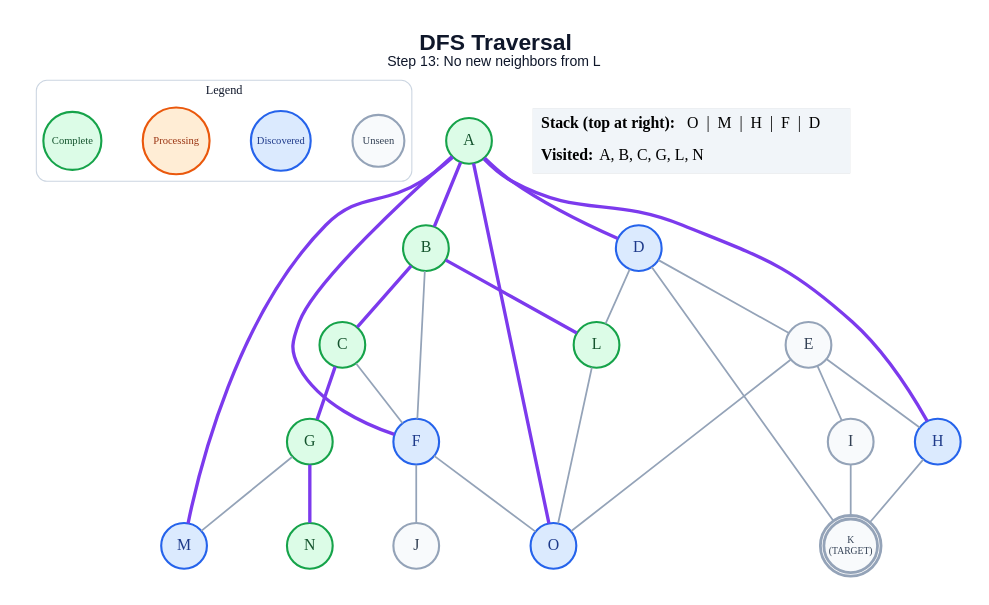
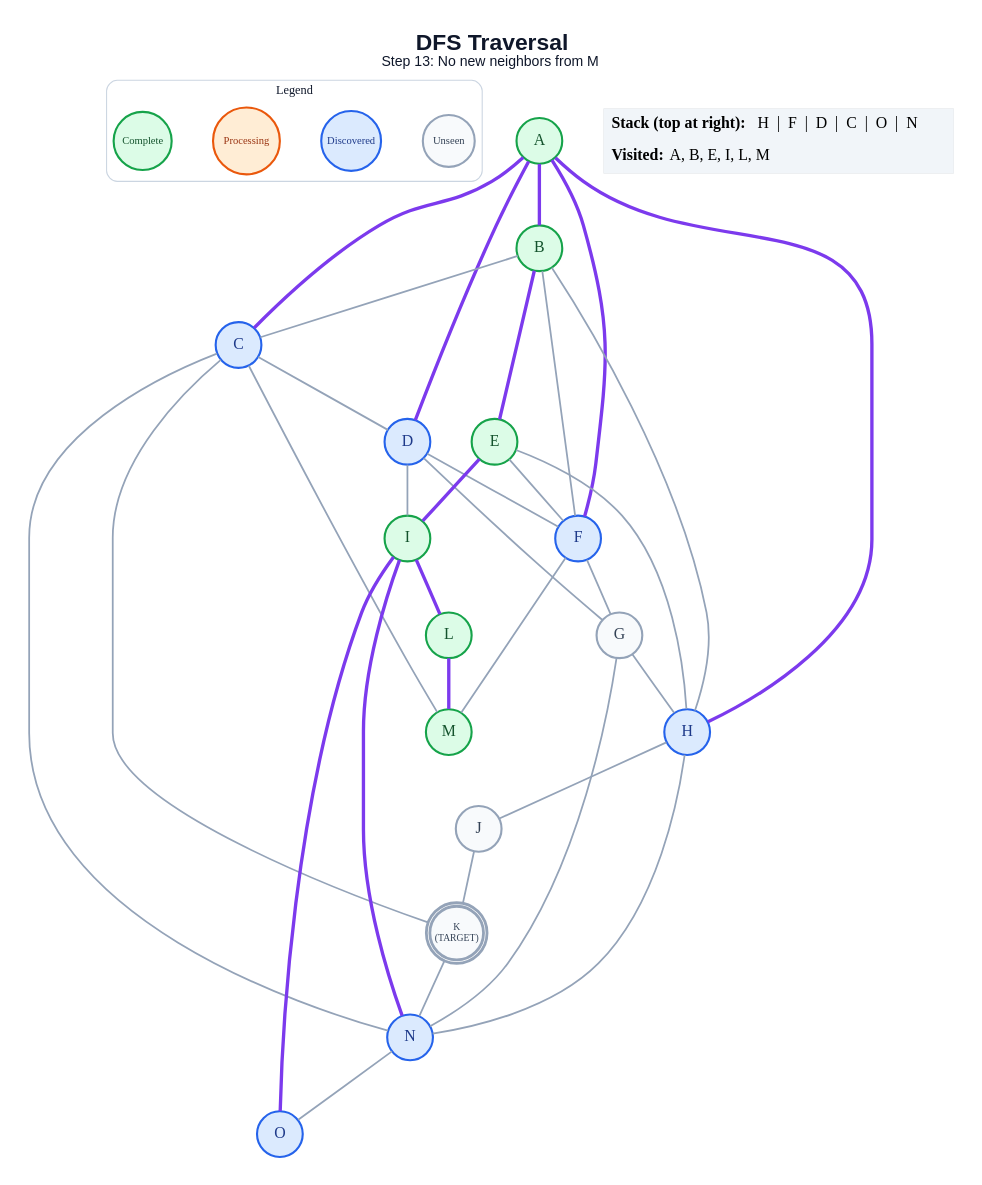
Before and after one commit to anon7238593-create/ai-slop: the diagram in generated/specific-node/dfs/step_13.dot, drawn with Graphviz. The commit also changed 249 other files, not shown here.

```diff
--- a/generated/specific-node/dfs/step_13.dot
+++ b/generated/specific-node/dfs/step_13.dot
@@ -1,58 +1,66 @@
 graph traversal {
   graph [layout=dot, rankdir=TB, bgcolor="#FFFFFF", pad="0.35", nodesep="0.65", ranksep="0.8", fontname="Arial"];
   node [shape=circle, style="filled", fontname="Arial Bold", fontsize=18, width=0.72, fixedsize=true, penwidth=2.4];
   edge [color="#94A3B8", penwidth=2.0];
-  label=<<B>DFS Traversal</B><BR/><FONT POINT-SIZE="16">Step 13: No new neighbors from L</FONT>>; labelloc="t"; fontsize=26; fontname="Arial"; fontcolor="#0F172A";
+  label=<<B>DFS Traversal</B><BR/><FONT POINT-SIZE="16">Step 13: No new neighbors from M</FONT>>; labelloc="t"; fontsize=26; fontname="Arial"; fontcolor="#0F172A";
   subgraph cluster_legend { label="Legend"; color="#CBD5E1"; penwidth=1.2; style="rounded"; fontsize=14; fontname="Arial Bold";
     key_unseen [label="Unseen", fillcolor="#F8FAFC", color="#94A3B8", fontcolor="#334155", fontsize=12, width=0.82];
     key_frontier [label="Discovered", fillcolor="#DBEAFE", color="#2563EB", fontcolor="#1E3A8A", fontsize=12, width=0.95];
     key_current [label="Processing", fillcolor="#FFEDD5", color="#EA580C", fontcolor="#9A3412", fontsize=12, width=1.05];
     key_done [label="Complete", fillcolor="#DCFCE7", color="#16A34A", fontcolor="#14532D", fontsize=12, width=0.92];
     { rank=same; key_unseen; key_frontier; key_current; key_done; }
   }
   A [label="A", fillcolor="#DCFCE7", color="#16A34A", fontcolor="#14532D", peripheries=1, penwidth=2.4];
   B [label="B", fillcolor="#DCFCE7", color="#16A34A", fontcolor="#14532D", peripheries=1, penwidth=2.4];
-  C [label="C", fillcolor="#DCFCE7", color="#16A34A", fontcolor="#14532D", peripheries=1, penwidth=2.4];
+  C [label="C", fillcolor="#DBEAFE", color="#2563EB", fontcolor="#1E3A8A", peripheries=1, penwidth=2.4];
   D [label="D", fillcolor="#DBEAFE", color="#2563EB", fontcolor="#1E3A8A", peripheries=1, penwidth=2.4];
-  E [label="E", fillcolor="#F8FAFC", color="#94A3B8", fontcolor="#334155", peripheries=1, penwidth=2.4];
+  E [label="E", fillcolor="#DCFCE7", color="#16A34A", fontcolor="#14532D", peripheries=1, penwidth=2.4];
   F [label="F", fillcolor="#DBEAFE", color="#2563EB", fontcolor="#1E3A8A", peripheries=1, penwidth=2.4];
-  G [label="G", fillcolor="#DCFCE7", color="#16A34A", fontcolor="#14532D", peripheries=1, penwidth=2.4];
+  G [label="G", fillcolor="#F8FAFC", color="#94A3B8", fontcolor="#334155", peripheries=1, penwidth=2.4];
   H [label="H", fillcolor="#DBEAFE", color="#2563EB", fontcolor="#1E3A8A", peripheries=1, penwidth=2.4];
-  I [label="I", fillcolor="#F8FAFC", color="#94A3B8", fontcolor="#334155", peripheries=1, penwidth=2.4];
+  I [label="I", fillcolor="#DCFCE7", color="#16A34A", fontcolor="#14532D", peripheries=1, penwidth=2.4];
   J [label="J", fillcolor="#F8FAFC", color="#94A3B8", fontcolor="#334155", peripheries=1, penwidth=2.4];
   K [label="K\n(TARGET)", fillcolor="#F8FAFC", color="#94A3B8", fontcolor="#334155", peripheries=2, penwidth=3.2, fontsize=11, width=0.85, height=0.85];
   L [label="L", fillcolor="#DCFCE7", color="#16A34A", fontcolor="#14532D", peripheries=1, penwidth=2.4];
-  M [label="M", fillcolor="#DBEAFE", color="#2563EB", fontcolor="#1E3A8A", peripheries=1, penwidth=2.4];
-  N [label="N", fillcolor="#DCFCE7", color="#16A34A", fontcolor="#14532D", peripheries=1, penwidth=2.4];
+  M [label="M", fillcolor="#DCFCE7", color="#16A34A", fontcolor="#14532D", peripheries=1, penwidth=2.4];
+  N [label="N", fillcolor="#DBEAFE", color="#2563EB", fontcolor="#1E3A8A", peripheries=1, penwidth=2.4];
   O [label="O", fillcolor="#DBEAFE", color="#2563EB", fontcolor="#1E3A8A", peripheries=1, penwidth=2.4];
   A -- B [color="#7C3AED", penwidth=3.8];
+  A -- C [color="#7C3AED", penwidth=3.8];
   A -- D [color="#7C3AED", penwidth=3.8];
   A -- F [color="#7C3AED", penwidth=3.8];
   A -- H [color="#7C3AED", penwidth=3.8];
-  A -- M [color="#7C3AED", penwidth=3.8];
-  A -- O [color="#7C3AED", penwidth=3.8];
-  B -- C [color="#7C3AED", penwidth=3.8];
+  B -- C;
+  B -- E [color="#7C3AED", penwidth=3.8];
   B -- F;
-  B -- L [color="#7C3AED", penwidth=3.8];
-  C -- F;
-  C -- G [color="#7C3AED", penwidth=3.8];
-  D -- E;
-  D -- K;
-  D -- L;
+  B -- H;
+  C -- D;
+  C -- K;
+  C -- M;
+  C -- N;
+  D -- F;
+  D -- G;
+  D -- I;
+  E -- F;
   E -- H;
-  E -- I;
-  E -- O;
-  F -- J;
-  F -- O;
-  G -- M;
-  G -- N [color="#7C3AED", penwidth=3.8];
-  H -- K;
-  I -- K;
-  L -- O;
+  E -- I [color="#7C3AED", penwidth=3.8];
+  F -- G;
+  F -- M;
+  G -- H;
+  G -- N;
+  H -- J;
+  H -- N;
+  I -- L [color="#7C3AED", penwidth=3.8];
+  I -- N [color="#7C3AED", penwidth=3.8];
+  I -- O [color="#7C3AED", penwidth=3.8];
+  J -- K;
+  K -- N;
+  L -- M [color="#7C3AED", penwidth=3.8];
+  N -- O;
   status [shape=plain, fixedsize=false, width=0, height=0, margin=0, label=<
     <TABLE BORDER="0" CELLBORDER="0" CELLPADDING="7" BGCOLOR="#F1F5F9">
-      <TR><TD ALIGN="LEFT"><B>Stack (top at right):</B> O  |  M  |  H  |  F  |  D</TD></TR>
-      <TR><TD ALIGN="LEFT"><B>Visited:</B> A, B, C, G, L, N</TD></TR>
+      <TR><TD ALIGN="LEFT"><B>Stack (top at right):</B> H  |  F  |  D  |  C  |  O  |  N</TD></TR>
+      <TR><TD ALIGN="LEFT"><B>Visited:</B> A, B, E, I, L, M</TD></TR>
     </TABLE>
   >];
 }
```
